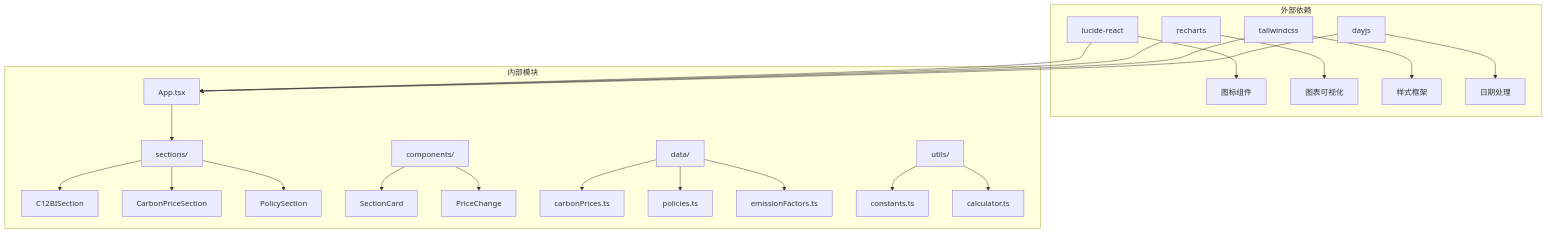
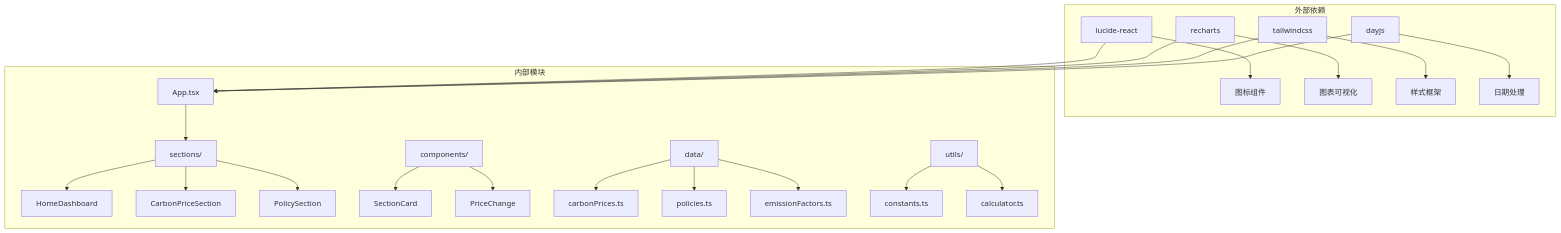
One commit to liangxuanliang-cmd/carbon-info-agent changed diagram 11 of 12 in .qoder/repowiki/zh/content/功能模块/数据仪表板模块.md. Above: the diagram before and after it, drawn with Mermaid. The commit also changed other lines of this file and 21 other files, not shown here.

````diff
--- a/.qoder/repowiki/zh/content/功能模块/数据仪表板模块.md
+++ b/.qoder/repowiki/zh/content/功能模块/数据仪表板模块.md
@@ -393,26 +410,26 @@
 ```mermaid
 graph TB
 subgraph "外部依赖"
 A[lucide-react] --> B[图标组件]
 C[recharts] --> D[图表可视化]
 E[tailwindcss] --> F[样式框架]
 G[dayjs] --> H[日期处理]
 end
 subgraph "内部模块"
 I[App.tsx] --> J[sections/]
-J --> K[C12BISection]
+J --> K[HomeDashboard]
 J --> L[CarbonPriceSection]
 J --> M[PolicySection]
 N[components/] --> O[SectionCard]
 N --> P[PriceChange]
 Q[data/] --> R[carbonPrices.ts]
 Q --> S[policies.ts]
 Q --> T[emissionFactors.ts]
 U[utils/] --> V[constants.ts]
 U --> W[calculator.ts]
 end
 A --> I
 C --> I
 E --> I
 G --> I
 ```
````
